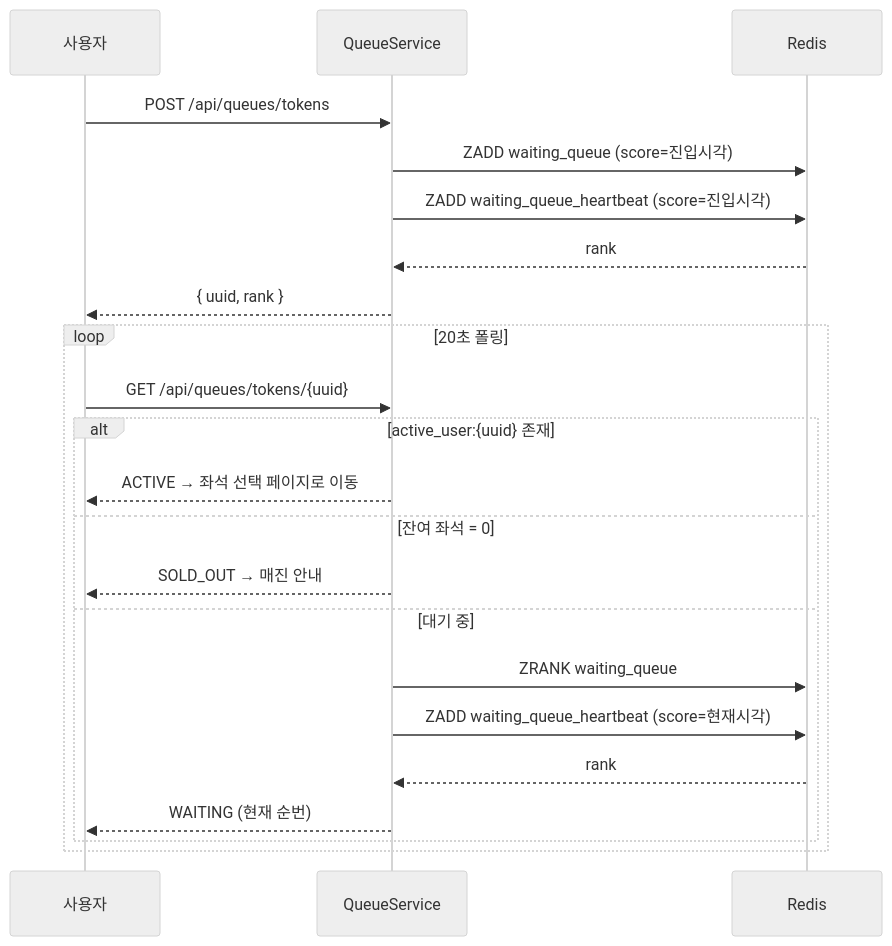
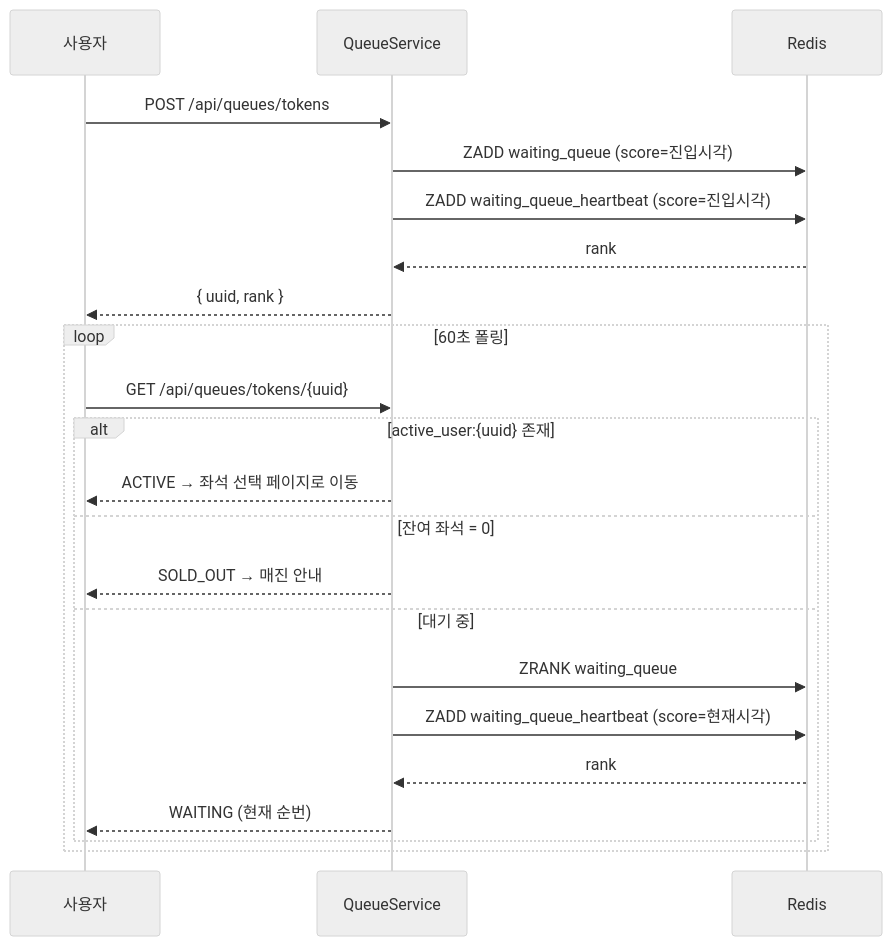
Before and after one commit to irnd04/zticket: the second of 7 diagrams in README.md, drawn with Mermaid (neutral theme). The commit also changed other lines of this file and 3 other files, not shown here.

````diff
--- a/README.md
+++ b/README.md
@@ -78,26 +78,26 @@
 ```mermaid
 sequenceDiagram
     participant U as 사용자
     participant Q as QueueService
     participant R as Redis
 
     U->>Q: POST /api/queues/tokens
     Q->>R: ZADD waiting_queue (score=진입시각)
     Q->>R: ZADD waiting_queue_heartbeat (score=진입시각)
     R-->>Q: rank
     Q-->>U: { uuid, rank }
 
-    loop 20초 폴링
+    loop 60초 폴링
         U->>Q: GET /api/queues/tokens/{uuid}
         alt active_user:{uuid} 존재
             Q-->>U: ACTIVE → 좌석 선택 페이지로 이동
         else 잔여 좌석 = 0
             Q-->>U: SOLD_OUT → 매진 안내
         else 대기 중
             Q->>R: ZRANK waiting_queue
             Q->>R: ZADD waiting_queue_heartbeat (score=현재시각)
             R-->>Q: rank
             Q-->>U: WAITING (현재 순번)
         end
     end
 ```
````
